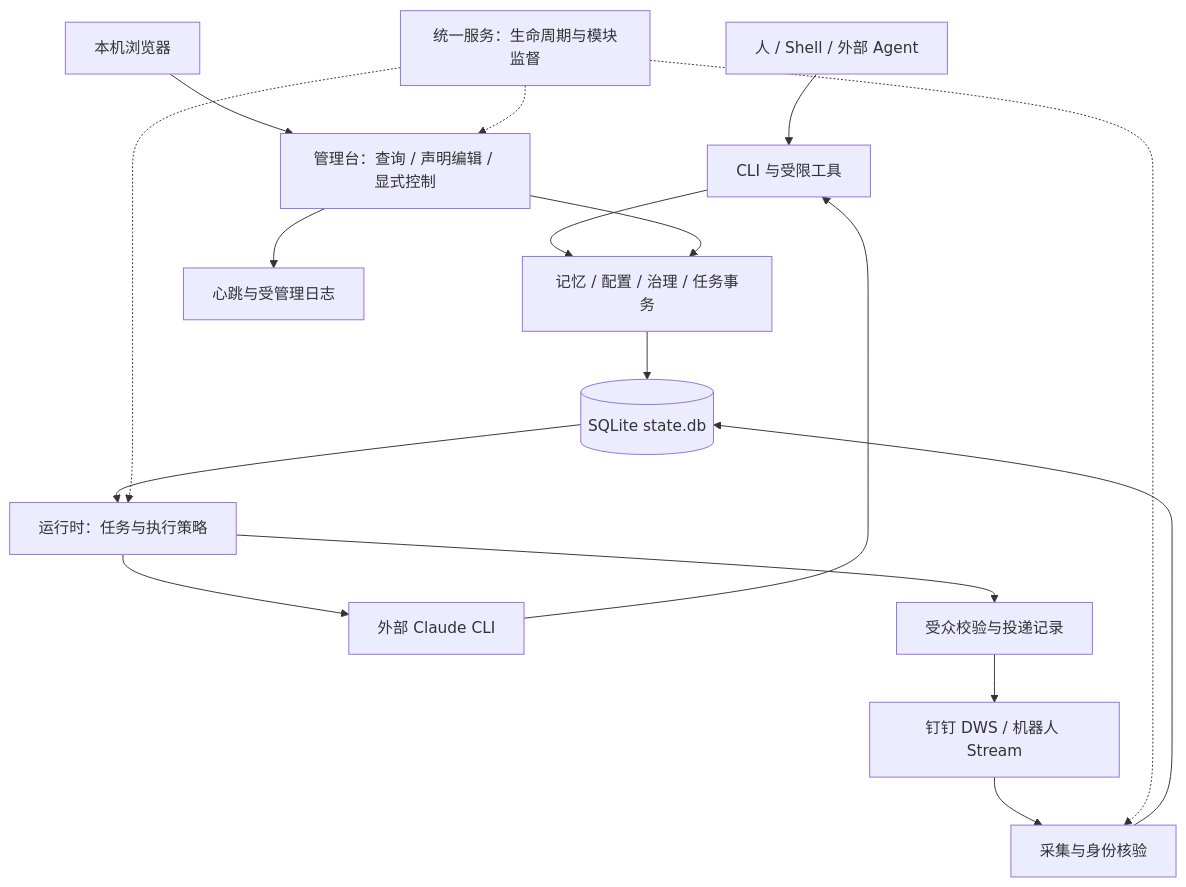
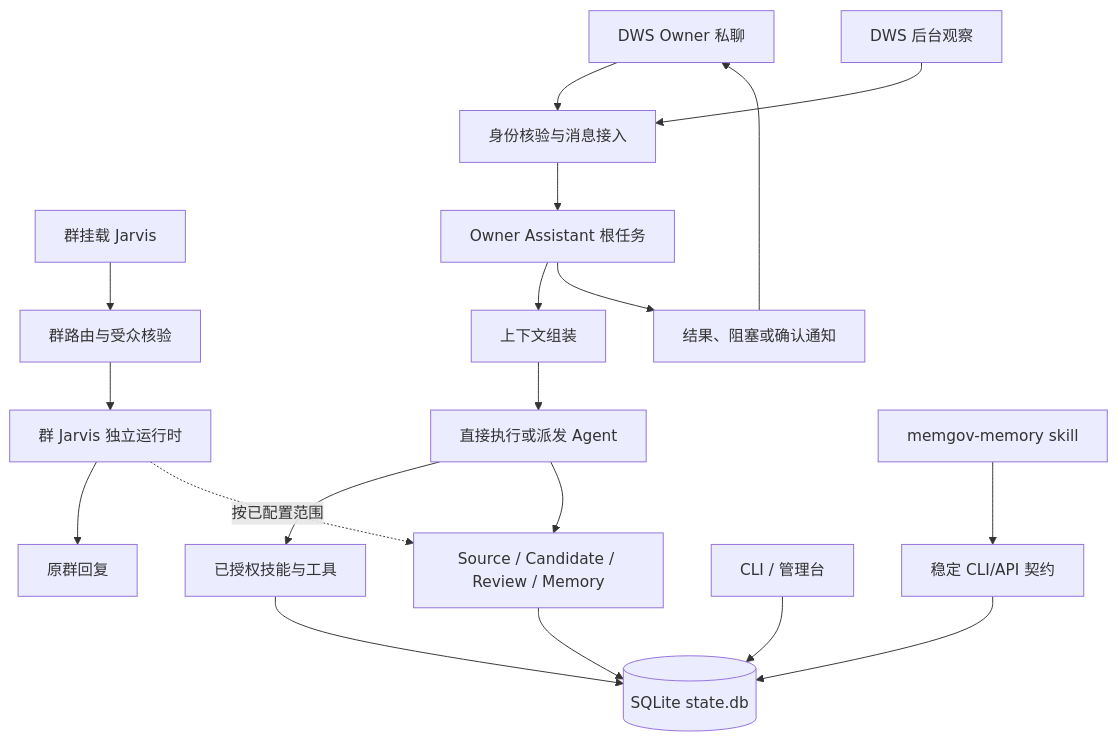
Before and after one commit to zhoushoujianwork/memgov: the diagram in docs/architecture/architecture.md, drawn with Mermaid. The commit also changed other lines of this file and 28 other files, not shown here.

Commit message:
feat: consolidate Owner Assistant configuration

````diff
--- a/docs/architecture/architecture.md
+++ b/docs/architecture/architecture.md
@@ -15,19 +16,21 @@
 ```mermaid
 flowchart TD
-  User[人 / Shell / 外部 Agent] --> CLI[CLI 与受限工具]
-  Platform[钉钉 DWS / 机器人 Stream] --> Intake[采集与身份核验]
-  Intake --> DB[(SQLite state.db)]
-  DB --> Runtime[运行时：任务与执行策略]
-  Runtime --> Agent[外部 Claude CLI]
-  Agent --> CLI
-  CLI --> Core[记忆 / 配置 / 治理 / 任务事务]
-  Core --> DB
-  Runtime --> Delivery[受众校验与投递记录]
-  Delivery --> Platform
-  Browser[本机浏览器] --> Console[管理台：查询 / 声明编辑 / 显式控制]
-  Console --> Core
-  Console --> Observe[心跳与受管理日志]
-  Service[统一服务：生命周期与模块监督] -.-> Intake
-  Service -.-> Runtime
-  Service -.-> Console
+  Owner[ DWS Owner 私聊 ] --> Intake[身份核验与消息接入]
+  DWS[DWS 后台观察] --> Intake
+  Group[群挂载 Jarvis] --> GroupIntake[群路由与受众核验]
+  Intake --> Root[Owner Assistant 根任务]
+  Root --> Context[上下文组装]
+  Context --> Dispatch[直接执行或派发 Agent]
+  Dispatch --> Tools[已授权技能与工具]
+  Dispatch --> Evidence[Source / Candidate / Review / Memory]
+  Evidence --> DB[(SQLite state.db)]
+  Tools --> DB
+  Root --> Notify[结果、阻塞或确认通知]
+  Notify --> Owner
+  GroupIntake --> GroupRuntime[群 Jarvis 独立运行时]
+  GroupRuntime --> GroupReply[原群回复]
+  GroupRuntime -.按已配置范围.-> Evidence
+  CLI[CLI / 管理台] --> DB
+  Skill[memgov-memory skill] --> Contract[稳定 CLI/API 契约]
+  Contract --> DB
 ```
````
